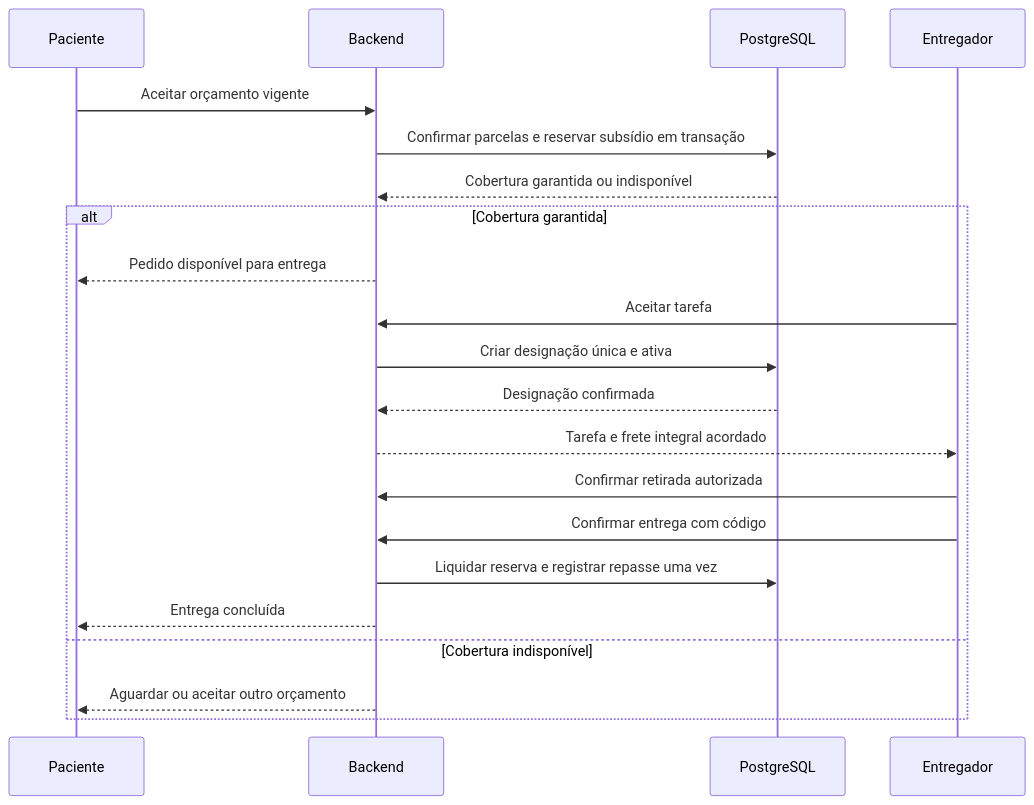
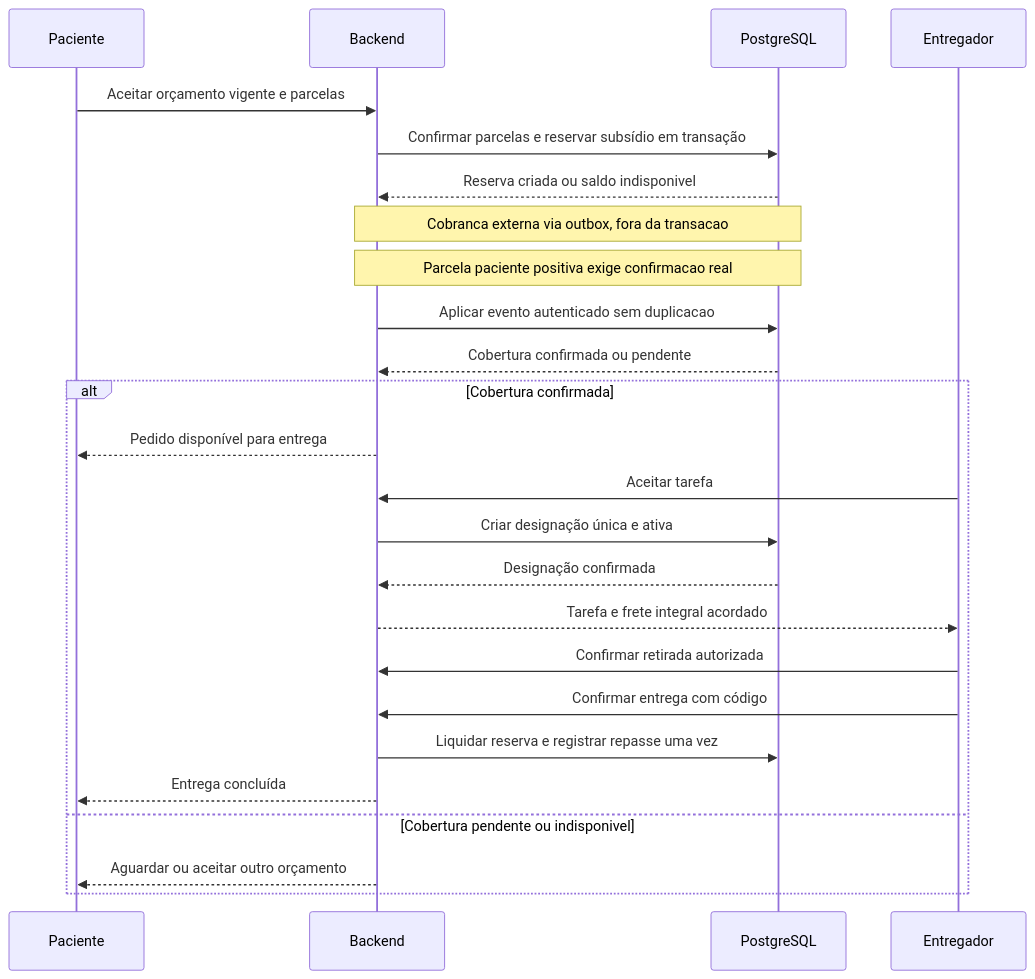
Before and after one commit to Kayquebrigadeiro/Exameperto: the fifth of 7 diagrams in docs/DIAGRAMAS.md, drawn with Mermaid. The commit also changed other lines of this file and 8 other files, not shown here.

````diff
--- a/docs/DIAGRAMAS.md
+++ b/docs/DIAGRAMAS.md
@@ -127,23 +137,27 @@
 ```mermaid
 sequenceDiagram
   participant C as Paciente
   participant B as Backend
   participant D as PostgreSQL
   participant M as Entregador
-  C->>B: Aceitar orçamento vigente
+  C->>B: Aceitar orçamento vigente e parcelas
   B->>D: Confirmar parcelas e reservar subsídio em transação
-  D-->>B: Cobertura garantida ou indisponível
-  alt Cobertura garantida
+  D-->>B: Reserva criada ou saldo indisponivel
+  Note over B,D: Cobranca externa via outbox, fora da transacao
+  Note over B,D: Parcela paciente positiva exige confirmacao real
+  B->>D: Aplicar evento autenticado sem duplicacao
+  D-->>B: Cobertura confirmada ou pendente
+  alt Cobertura confirmada
     B-->>C: Pedido disponível para entrega
     M->>B: Aceitar tarefa
     B->>D: Criar designação única e ativa
     D-->>B: Designação confirmada
     B-->>M: Tarefa e frete integral acordado
     M->>B: Confirmar retirada autorizada
     M->>B: Confirmar entrega com código
     B->>D: Liquidar reserva e registrar repasse uma vez
     B-->>C: Entrega concluída
-  else Cobertura indisponível
+  else Cobertura pendente ou indisponivel
     B-->>C: Aguardar ou aceitar outro orçamento
   end
 ```
````
